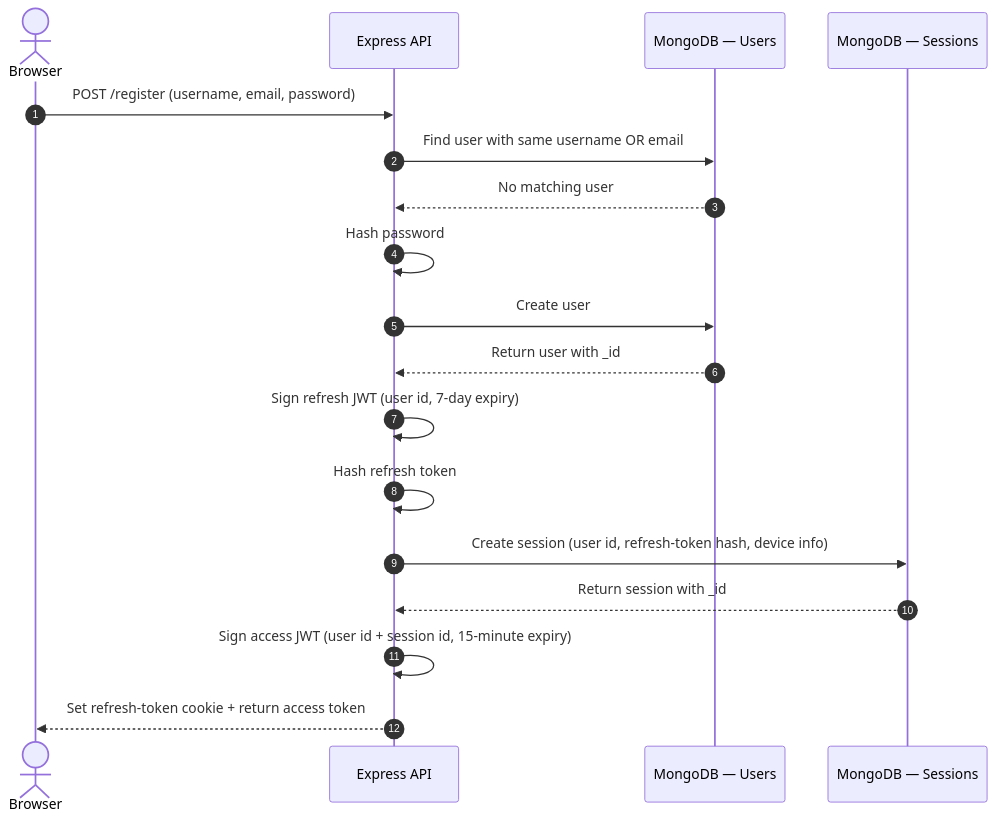
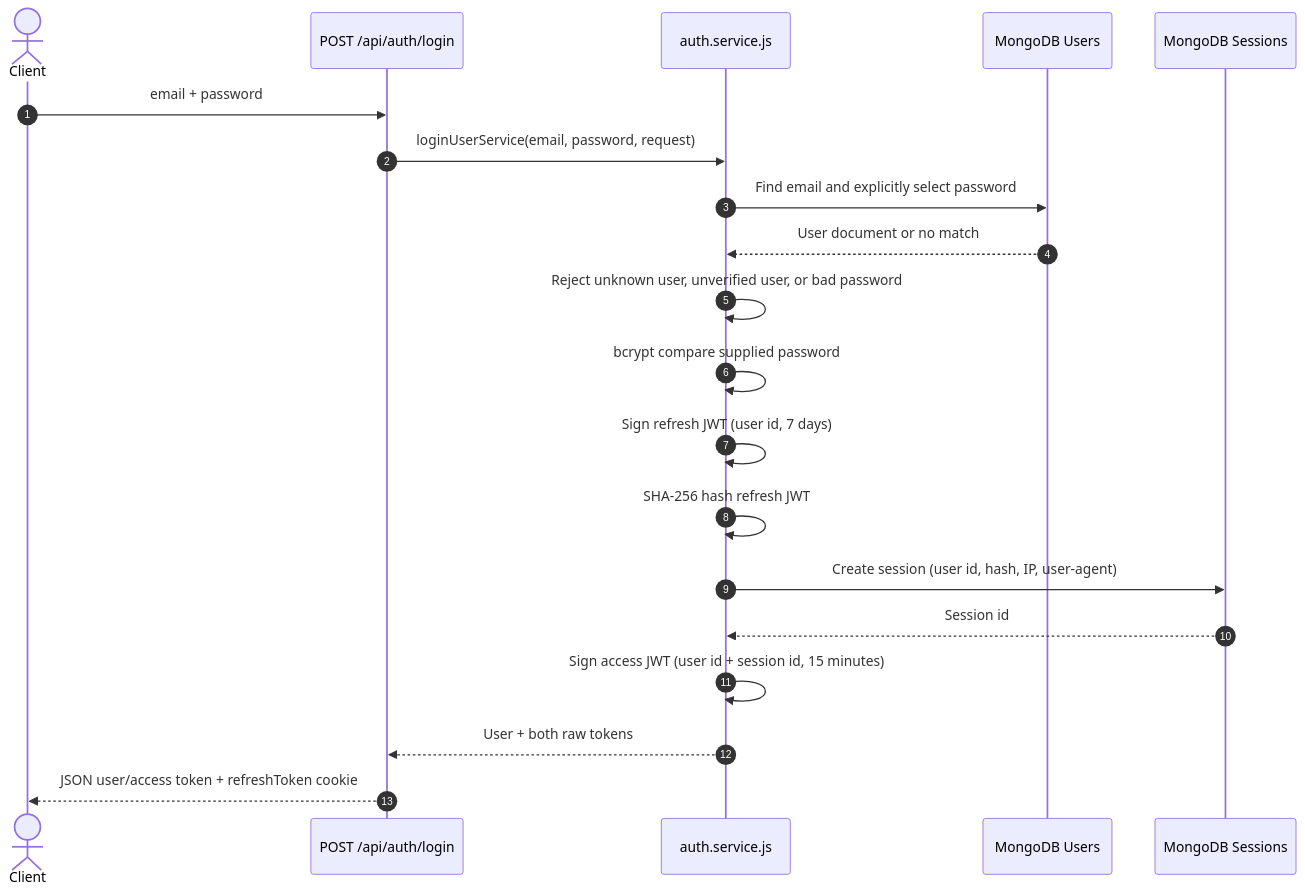
The fourth of 7 diagrams in README.md (samroz-burhan/authentication-system-backend), drawn with Mermaid before and after one commit. The commit also changed other lines of this file, not shown here.

````diff
--- a/README.md
+++ b/README.md
@@ -35,23 +242,23 @@
 ```mermaid
 sequenceDiagram
     autonumber
-    actor Browser
-    participant API as Express API
-    participant UserDB as MongoDB — Users
-    participant SessionDB as MongoDB — Sessions
+    actor Client
+    participant API as POST /api/auth/login
+    participant Auth as auth.service.js
+    participant Users as MongoDB Users
+    participant Sessions as MongoDB Sessions
 
-    Browser->>API: POST /register (username, email, password)
-    API->>UserDB: Find user with same username OR email
-    UserDB-->>API: No matching user
-    API->>API: Hash password
-    API->>UserDB: Create user
-    UserDB-->>API: Return user with _id
-
-    API->>API: Sign refresh JWT (user id, 7-day expiry)
-    API->>API: Hash refresh token
-    API->>SessionDB: Create session (user id, refresh-token hash, device info)
-    SessionDB-->>API: Return session with _id
-
-    API->>API: Sign access JWT (user id + session id, 15-minute expiry)
-    API-->>Browser: Set refresh-token cookie + return access token
+    Client->>API: email + password
+    API->>Auth: loginUserService(email, password, request)
+    Auth->>Users: Find email and explicitly select password
+    Users-->>Auth: User document or no match
+    Auth->>Auth: Reject unknown user, unverified user, or bad password
+    Auth->>Auth: bcrypt compare supplied password
+    Auth->>Auth: Sign refresh JWT (user id, 7 days)
+    Auth->>Auth: SHA-256 hash refresh JWT
+    Auth->>Sessions: Create session (user id, hash, IP, user-agent)
+    Sessions-->>Auth: Session id
+    Auth->>Auth: Sign access JWT (user id + session id, 15 minutes)
+    Auth-->>API: User + both raw tokens
+    API-->>Client: JSON user/access token + refreshToken cookie
 ```
````
